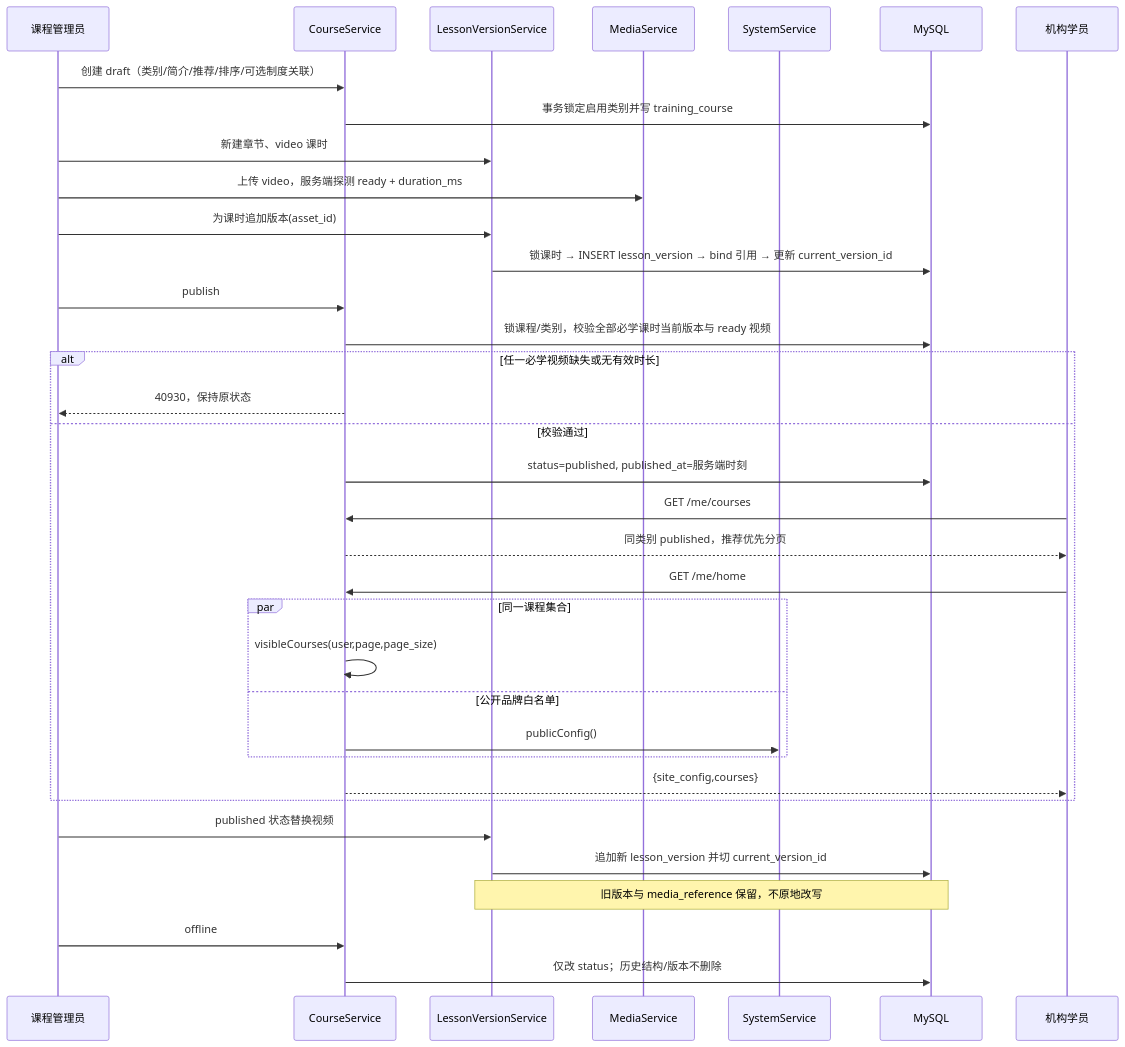
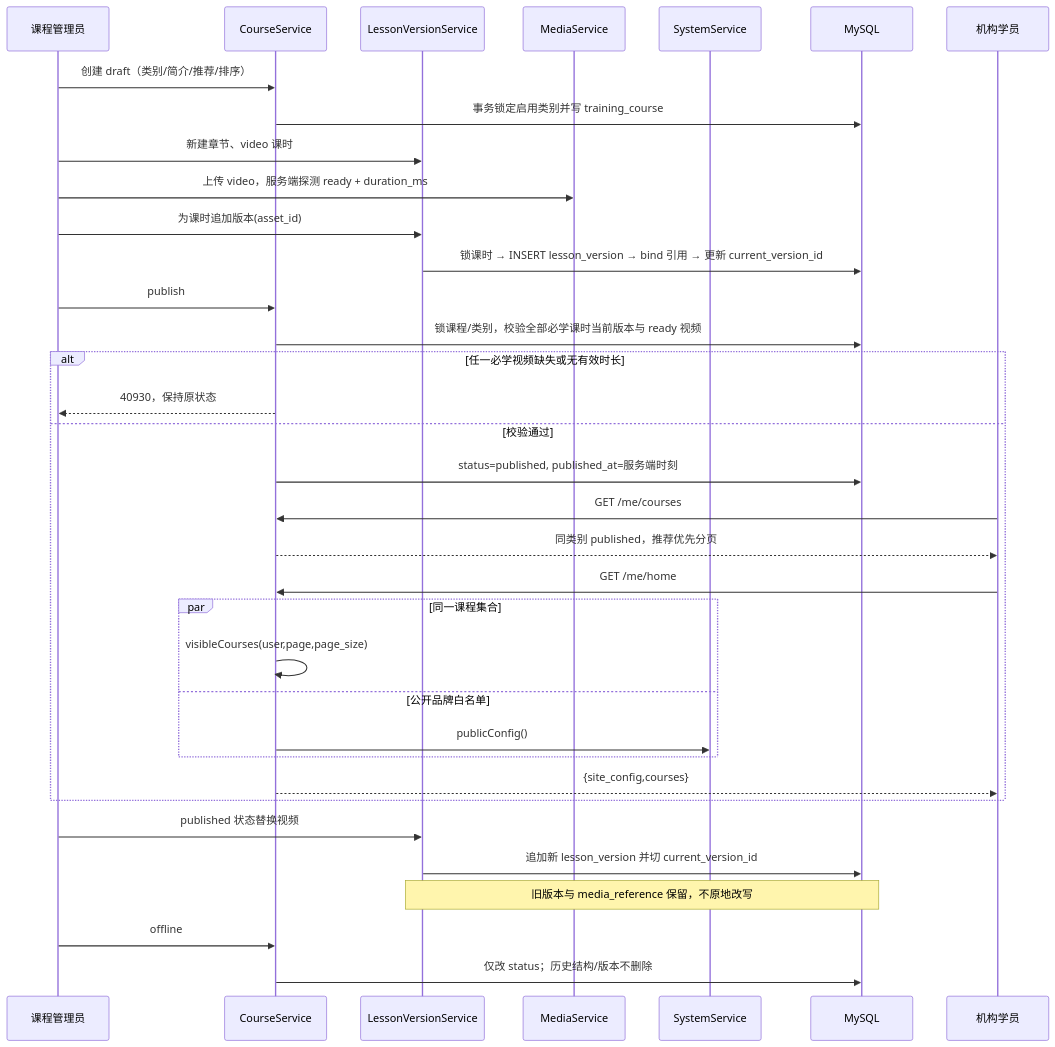
One commit to caoguanjie/emodor-exam changed the third of 23 diagrams in docs/design/06-关键流程.md. Above: the diagram before and after it, drawn with Mermaid. The commit also changed other lines of this file and 181 other files, not shown here.

````diff
--- a/docs/design/06-关键流程.md
+++ b/docs/design/06-关键流程.md
@@ -151,38 +163,38 @@
 ```mermaid
 sequenceDiagram
     participant Admin as 课程管理员
     participant Course as CourseService
     participant Version as LessonVersionService
     participant Media as MediaService
     participant System as SystemService
     participant DB as MySQL
     participant Learner as 机构学员
 
-    Admin->>Course: 创建 draft（类别/简介/推荐/排序/可选制度关联）
+    Admin->>Course: 创建 draft（类别/简介/推荐/排序）
     Course->>DB: 事务锁定启用类别并写 training_course
     Admin->>Version: 新建章节、video 课时
     Admin->>Media: 上传 video，服务端探测 ready + duration_ms
     Admin->>Version: 为课时追加版本(asset_id)
     Version->>DB: 锁课时 → INSERT lesson_version → bind 引用 → 更新 current_version_id
     Admin->>Course: publish
     Course->>DB: 锁课程/类别，校验全部必学课时当前版本与 ready 视频
     alt 任一必学视频缺失或无有效时长
         Course-->>Admin: 40930，保持原状态
     else 校验通过
         Course->>DB: status=published, published_at=服务端时刻
         Learner->>Course: GET /me/courses
         Course-->>Learner: 同类别 published，推荐优先分页
         Learner->>Course: GET /me/home
         par 同一课程集合
             Course->>Course: visibleCourses(user,page,page_size)
         and 公开品牌白名单
             Course->>System: publicConfig()
         end
         Course-->>Learner: {site_config,courses}
     end
     Admin->>Version: published 状态替换视频
     Version->>DB: 追加新 lesson_version 并切 current_version_id
     Note over Version,DB: 旧版本与 media_reference 保留，不原地改写
     Admin->>Course: offline
     Course->>DB: 仅改 status；历史结构/版本不删除
 ```
````
